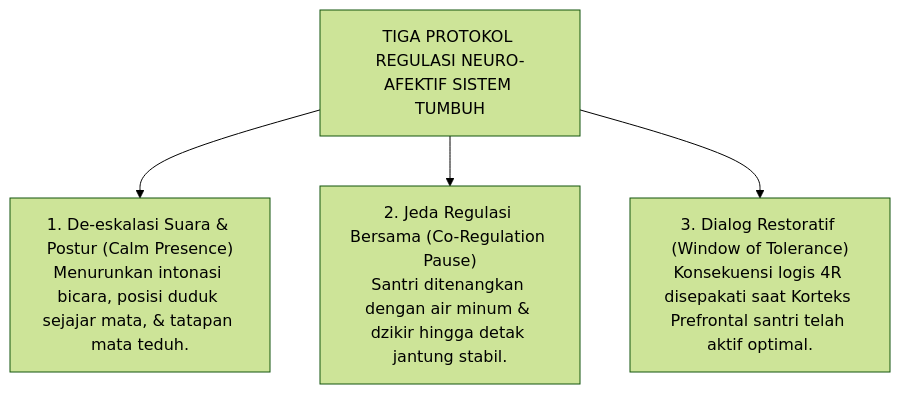
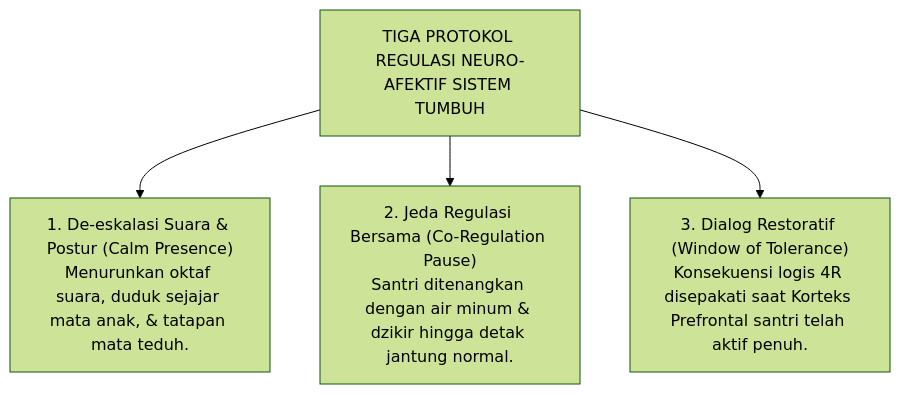
Before and after one commit to wandiapriliyandi/tumbuh: the fifth of 5 diagrams in BOOK-SERIES/Volume-01/Bab-01-Krisis-Karakter-dan-Urgensi-Rekonstruksi/03-Dampak-Neurobiologis-Trauma-dan-Kelumpuhan-PFC.md, drawn with Mermaid (forest theme). The commit also changed other lines of this file and 1 other file, not shown here.

````diff
--- a/BOOK-SERIES/Volume-01/Bab-01-Krisis-Karakter-dan-Urgensi-Rekonstruksi/03-Dampak-Neurobiologis-Trauma-dan-Kelumpuhan-PFC.md
+++ b/BOOK-SERIES/Volume-01/Bab-01-Krisis-Karakter-dan-Urgensi-Rekonstruksi/03-Dampak-Neurobiologis-Trauma-dan-Kelumpuhan-PFC.md
@@ -156,10 +162,10 @@
 ```mermaid
 graph TD
     RootReg["TIGA PROTOKOL REGULASI NEURO-AFEKTIF SISTEM TUMBUH"]
     
-    RootReg --> Reg1["1. De-eskalasi Suara & Postur (Calm Presence)<br/>Menurunkan intonasi bicara, posisi duduk sejajar mata, & tatapan mata teduh."]
+    RootReg --> Reg1["1. De-eskalasi Suara & Postur (Calm Presence)<br/>Menurunkan oktaf suara, duduk sejajar mata anak, & tatapan mata teduh."]
     
-    RootReg --> Reg2["2. Jeda Regulasi Bersama (Co-Regulation Pause)<br/>Santri ditenangkan dengan air minum & dzikir hingga detak jantung stabil."]
+    RootReg --> Reg2["2. Jeda Regulasi Bersama (Co-Regulation Pause)<br/>Santri ditenangkan dengan air minum & dzikir hingga detak jantung normal."]
     
-    RootReg --> Reg3["3. Dialog Restoratif (Window of Tolerance)<br/>Konsekuensi logis 4R disepakati saat Korteks Prefrontal santri telah aktif optimal."]
+    RootReg --> Reg3["3. Dialog Restoratif (Window of Tolerance)<br/>Konsekuensi logis 4R disepakati saat Korteks Prefrontal santri telah aktif penuh."]
 ```
````
